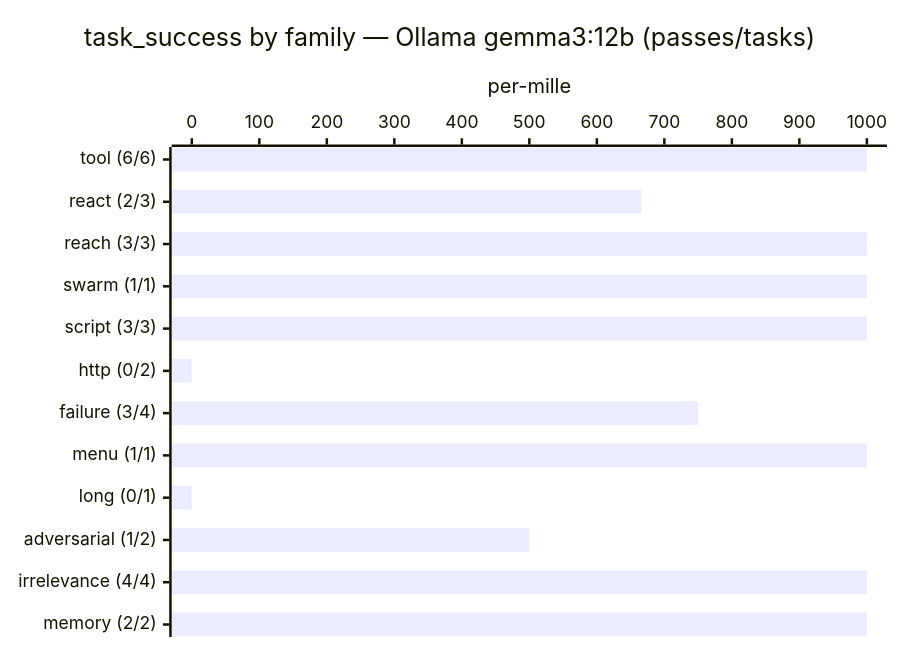
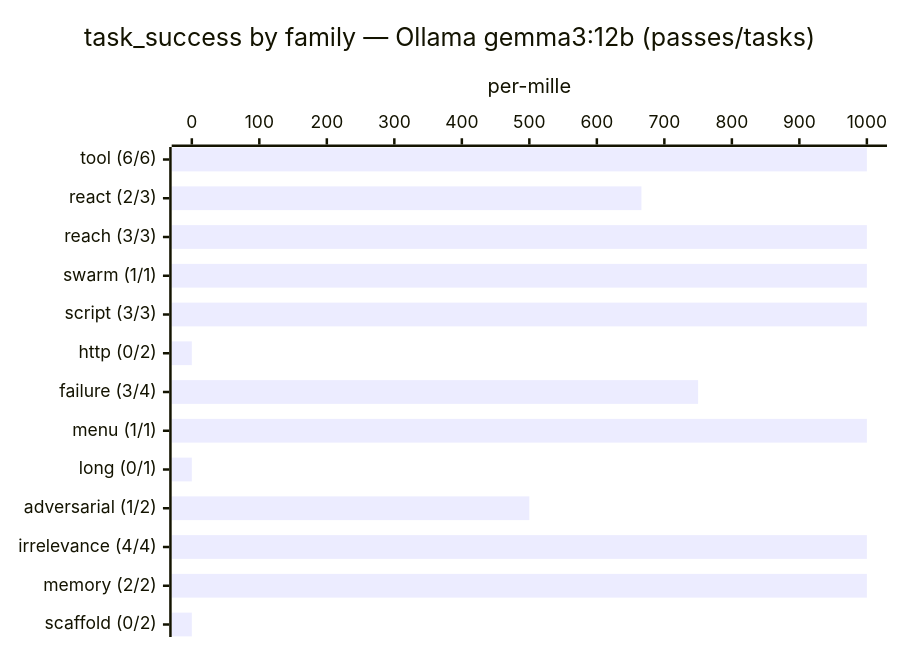
Before and after one commit to Kortecx/kortecx: the first of 2 diagrams in README.md, drawn with Mermaid. The commit also changed other lines of this file and 84 other files, not shown here.

````diff
--- a/README.md
+++ b/README.md
@@ -307,7 +308,7 @@
 ```mermaid
 xychart-beta horizontal
     title "task_success by family — Ollama gemma3:12b (passes/tasks)"
-    x-axis ["tool (6/6)", "react (2/3)", "reach (3/3)", "swarm (1/1)", "script (3/3)", "http (0/2)", "failure (3/4)", "menu (1/1)", "long (0/1)", "adversarial (1/2)", "irrelevance (4/4)", "memory (2/2)"]
+    x-axis ["tool (6/6)", "react (2/3)", "reach (3/3)", "swarm (1/1)", "script (3/3)", "http (0/2)", "failure (3/4)", "menu (1/1)", "long (0/1)", "adversarial (1/2)", "irrelevance (4/4)", "memory (2/2)", "scaffold (0/2)"]
     y-axis "per-mille" 0 --> 1000
-    bar [1000, 666, 1000, 1000, 1000, 0, 750, 1000, 0, 500, 1000, 1000]
+    bar [1000, 666, 1000, 1000, 1000, 0, 750, 1000, 0, 500, 1000, 1000, 0]
 ```
````
